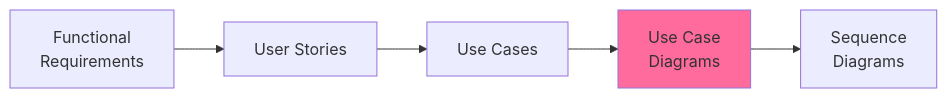
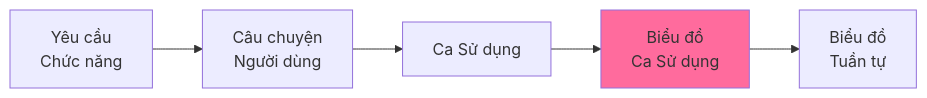
Before and after one commit to Ng0cTh4nhk5/ufpms-docs: the diagram in docs/06_Diagrams/UseCase/README.md, drawn with Mermaid. The commit also changed other lines of this file and 70 other files, not shown here.

````diff
--- a/docs/06_Diagrams/UseCase/README.md
+++ b/docs/06_Diagrams/UseCase/README.md
@@ -90,9 +90,9 @@
 ```mermaid
 graph LR
-    A[Functional<br/>Requirements] --> B[User Stories]
-    B --> C[Use Cases]
-    C --> D[Use Case<br/>Diagrams]
-    D --> E[Sequence<br/>Diagrams]
+    A[Yêu cầu<br/>Chức năng] --> B[Câu chuyện<br/>Người dùng]
+    B --> C[Ca Sử dụng]
+    C --> D[Biểu đồ<br/>Ca Sử dụng]
+    D --> E[Biểu đồ<br/>Tuần tự]
     
     style D fill:#ff6b9d
 ```
````
